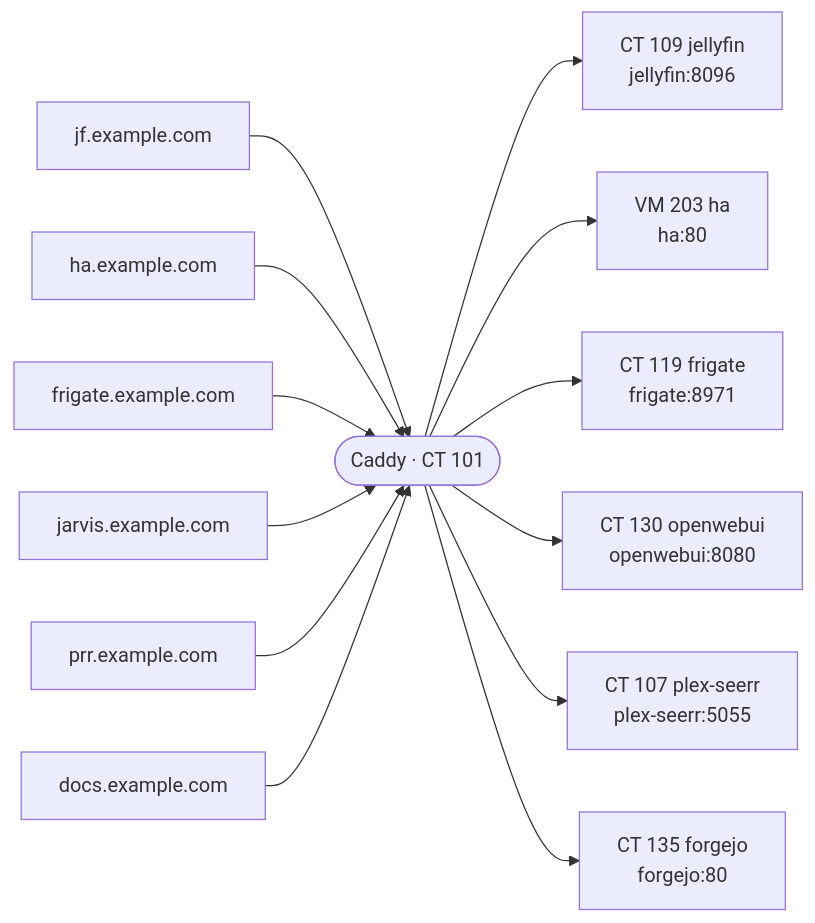
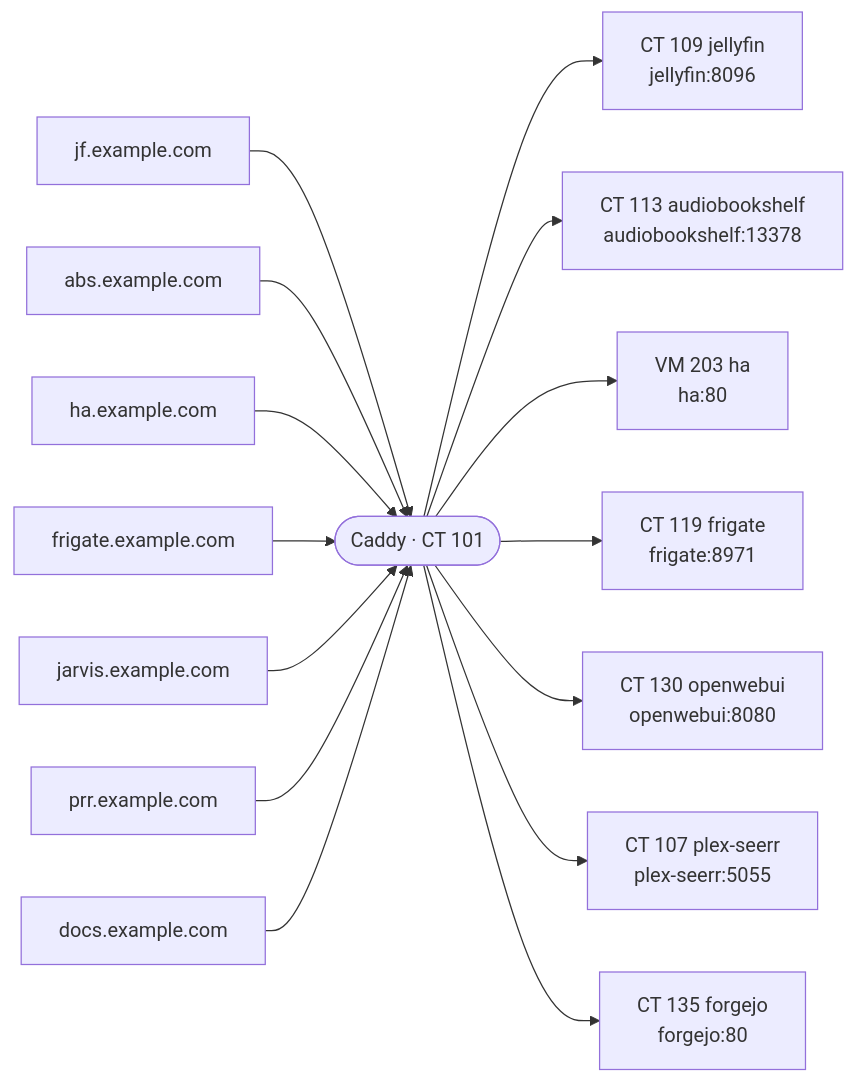
One commit to afcorona-projects/Homelab changed the diagram in docs/network.md. Above: the diagram before and after it, drawn with Mermaid. The commit also changed other lines of this file and 43 other files, not shown here.

````diff
--- a/docs/network.md
+++ b/docs/network.md
@@ -5,16 +5,18 @@
 ```mermaid
 flowchart LR
   caddy(["Caddy · CT 101"])
   njf_example_com["jf.example.com"] --> caddy
   caddy --> njellyfin_8096["CT 109 jellyfin<br/>jellyfin:8096"]
+  nabs_example_com["abs.example.com"] --> caddy
+  caddy --> naudiobookshelf_13378["CT 113 audiobookshelf<br/>audiobookshelf:13378"]
   nha_example_com["ha.example.com"] --> caddy
   caddy --> nha_80["VM 203 ha<br/>ha:80"]
   nfrigate_example_com["frigate.example.com"] --> caddy
   caddy --> nfrigate_8971["CT 119 frigate<br/>frigate:8971"]
   njarvis_example_com["jarvis.example.com"] --> caddy
   caddy --> nopenwebui_8080["CT 130 openwebui<br/>openwebui:8080"]
   nprr_example_com["prr.example.com"] --> caddy
   caddy --> nplex_seerr_5055["CT 107 plex-seerr<br/>plex-seerr:5055"]
   ndocs_example_com["docs.example.com"] --> caddy
   caddy --> nforgejo_80["CT 135 forgejo<br/>forgejo:80"]
 ```
````
